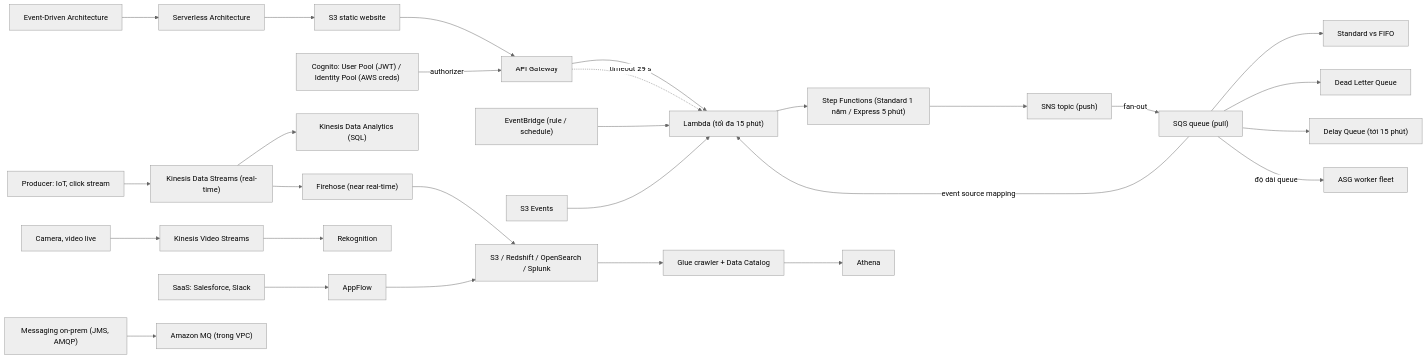
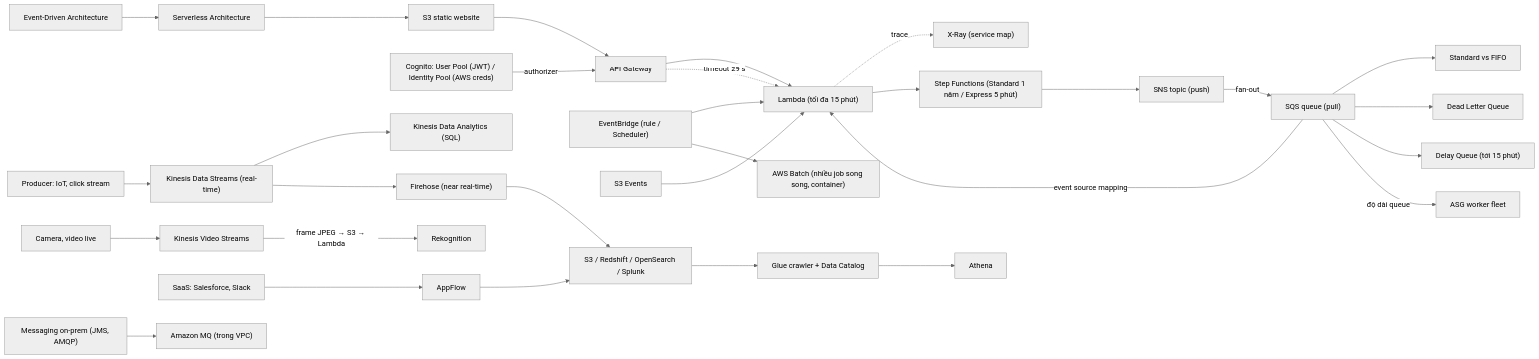
The diagram in data/14 Serverless and Application Services/_MOC 14 Serverless and Application Services.md (hairbui76/aws-saa-c03), drawn with Mermaid (neutral theme) before and after one commit. The commit also changed other lines of this file and 84 other files, not shown here.

````diff
--- a/data/14 Serverless and Application Services/_MOC 14 Serverless and Application Services.md
+++ b/data/14 Serverless and Application Services/_MOC 14 Serverless and Application Services.md
@@ -34,27 +37,29 @@
 ```mermaid
 flowchart LR
   EDA["Event-Driven Architecture"] --> SA["Serverless Architecture"]
   SA --> FE["S3 static website"]
   FE --> APIGW["API Gateway"]
   COG["Cognito: User Pool (JWT) / Identity Pool (AWS creds)"] -->|"authorizer"| APIGW
   APIGW --> LAM["Lambda (tối đa 15 phút)"]
   APIGW -.->|"timeout 29 s"| LAM
-  EB["EventBridge (rule / schedule)"] --> LAM
+  EB["EventBridge (rule / Scheduler)"] --> LAM
+  EB --> BATCH["AWS Batch (nhiều job song song, container)"]
+  LAM -.->|"trace"| XR["X-Ray (service map)"]
   S3E["S3 Events"] --> LAM
   LAM --> SFN["Step Functions (Standard 1 năm / Express 5 phút)"]
   SFN --> SNS["SNS topic (push)"]
   SNS -->|"fan-out"| SQS["SQS queue (pull)"]
   SQS --> TYPE["Standard vs FIFO"]
   SQS --> DLQ["Dead Letter Queue"]
   SQS --> DQ["Delay Queue (tới 15 phút)"]
   SQS -->|"event source mapping"| LAM
   SQS -->|"độ dài queue"| ASG["ASG worker fleet"]
   PROD["Producer: IoT, click stream"] --> KDS["Kinesis Data Streams (real-time)"]
   KDS --> KDA["Kinesis Data Analytics (SQL)"]
   KDS --> KDF["Firehose (near real-time)"]
   KDF --> DEST["S3 / Redshift / OpenSearch / Splunk"]
-  CAM["Camera, video live"] --> KVS["Kinesis Video Streams"] --> REK["Rekognition"]
+  CAM["Camera, video live"] --> KVS["Kinesis Video Streams"] -->|"frame JPEG → S3 → Lambda"| REK["Rekognition"]
   DEST --> GLUE["Glue crawler + Data Catalog"] --> ATH["Athena"]
   SAAS["SaaS: Salesforce, Slack"] --> AF["AppFlow"] --> DEST
   ONP["Messaging on-prem (JMS, AMQP)"] --> MQ["Amazon MQ (trong VPC)"]
 ```
````
